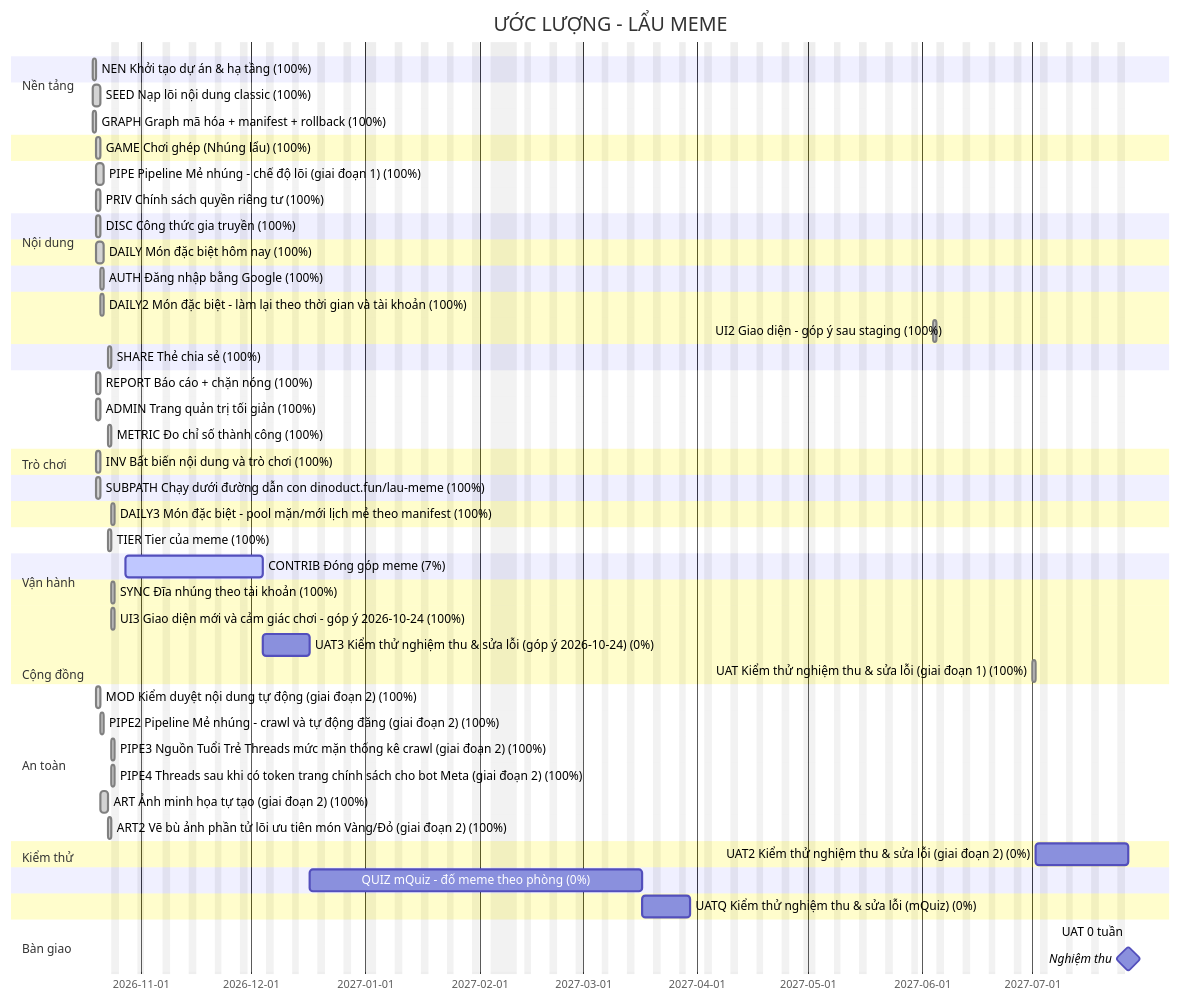
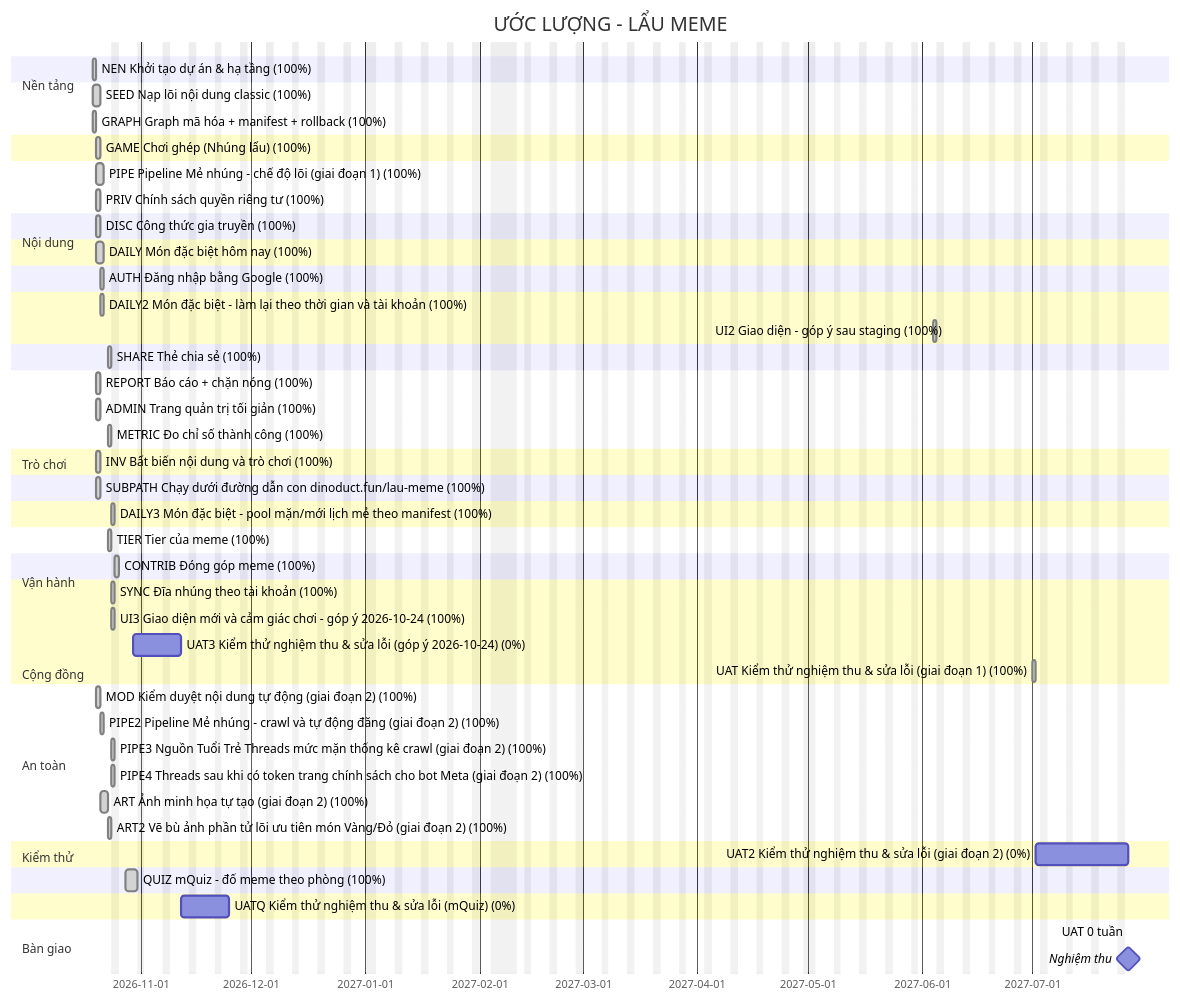
Before and after one commit to thucnq/lau-meme: the diagram in docs/plan/gantt.md, drawn with Mermaid. The commit also changed other lines of this file and 5 other files, not shown here.

First line of the commit message:
chore(plan): chạy lại /dk:plan sau khi đánh dấu CONTRIB và QUIZ xong (94% theo điểm, dự báo nghiệm thu 2027-07-27); trạng thái dk spec và contract duyệt tại 073d067

````diff
--- a/docs/plan/gantt.md
+++ b/docs/plan/gantt.md
@@ -5,66 +5,66 @@
 ```mermaid
 gantt
     title ƯỚC LƯỢNG - LẨU MEME
     dateFormat YYYY-MM-DD
     excludes weekends, 2027-01-01, 2027-02-04, 2027-02-05, 2027-02-06, 2027-02-07, 2027-02-08, 2027-02-09, 2027-02-10, 2027-04-30, 2027-05-01, 2027-09-02
     todayMarker stroke-width:2px,stroke:#d33
     section Nền tảng
     NEN Khởi tạo dự án & hạ tầng (100%) :done, NEN, 2026-10-19, 1d
     section Nội dung
     SEED Nạp lõi nội dung classic (100%) :done, SEED, 2026-10-19, 2d
     GRAPH Graph mã hóa + manifest + rollback (100%) :done, GRAPH, 2026-10-19, 1d
     section Trò chơi
     GAME Chơi ghép (Nhúng lẩu) (100%) :done, GAME, 2026-10-20, 1d
     section Nội dung
     PIPE Pipeline Mẻ nhúng - chế độ lõi (giai đoạn 1) (100%) :done, PIPE, 2026-10-20, 2d
     section Vận hành
     PRIV Chính sách quyền riêng tư (100%) :done, PRIV, 2026-10-20, 1d
     section Cộng đồng
     DISC Công thức gia truyền (100%) :done, DISC, 2026-10-20, 1d
     section Trò chơi
     DAILY Món đặc biệt hôm nay (100%) :done, DAILY, 2026-10-20, 2d
     section Cộng đồng
     AUTH Đăng nhập bằng Google (100%) :done, AUTH, 2026-10-21, 1d
     section Trò chơi
     DAILY2 Món đặc biệt - làm lại theo thời gian và tài khoản (100%) :done, DAILY2, 2026-10-21, 1d
     UI2 Giao diện - góp ý sau staging (100%) :done, UI2, 2027-06-04, 1d
     section Cộng đồng
     SHARE Thẻ chia sẻ (100%) :done, SHARE, 2026-10-23, 1d
     section An toàn
     REPORT Báo cáo + chặn nóng (100%) :done, REPORT, 2026-10-20, 1d
     ADMIN Trang quản trị tối giản (100%) :done, ADMIN, 2026-10-20, 1d
     section Vận hành
     METRIC Đo chỉ số thành công (100%) :done, METRIC, 2026-10-23, 1d
     section Kiểm thử
     INV Bất biến nội dung và trò chơi (100%) :done, INV, 2026-10-20, 1d
     section Nền tảng
     SUBPATH Chạy dưới đường dẫn con dinoduct.fun/lau-meme (100%) :done, SUBPATH, 2026-10-20, 1d
     section Trò chơi
     DAILY3 Món đặc biệt - pool mặn/mới  lịch mẻ theo manifest (100%) :done, DAILY3, 2026-10-24, 1d
     section Nội dung
     TIER Tier của meme (100%) :done, TIER, 2026-10-23, 1d
     section Cộng đồng
-    CONTRIB Đóng góp meme (7%) :active, CONTRIB, 2026-10-28, 27d
+    CONTRIB Đóng góp meme (100%) :done, CONTRIB, 2026-10-25, 1d
     section Trò chơi
     SYNC Đĩa nhúng theo tài khoản (100%) :done, SYNC, 2026-10-24, 1d
     UI3 Giao diện mới và cảm giác chơi - góp ý 2026-10-24 (100%) :done, UI3, 2026-10-24, 1d
     section Kiểm thử
-    UAT3 Kiểm thử nghiệm thu & sửa lỗi (góp ý 2026-10-24) (0%) :UAT3, 2026-12-04, 9d
+    UAT3 Kiểm thử nghiệm thu & sửa lỗi (góp ý 2026-10-24) (0%) :UAT3, 2026-10-30, 9d
     UAT Kiểm thử nghiệm thu & sửa lỗi (giai đoạn 1) (100%) :done, UAT, 2027-07-01, 1d
     section Nội dung
     MOD Kiểm duyệt nội dung tự động (giai đoạn 2) (100%) :done, MOD, 2026-10-20, 1d
     PIPE2 Pipeline Mẻ nhúng - crawl và tự động đăng (giai đoạn 2) (100%) :done, PIPE2, 2026-10-21, 1d
     PIPE3 Nguồn Tuổi Trẻ  Threads  mức mặn  thống kê crawl (giai đoạn 2) (100%) :done, PIPE3, 2026-10-24, 1d
     PIPE4 Threads sau khi có token  trang chính sách cho bot Meta (giai đoạn 2) (100%) :done, PIPE4, 2026-10-24, 1d
     ART Ảnh minh họa tự tạo (giai đoạn 2) (100%) :done, ART, 2026-10-21, 2d
     ART2 Vẽ bù ảnh phần tử lõi  ưu tiên món Vàng/Đỏ (giai đoạn 2) (100%) :done, ART2, 2026-10-23, 1d
     section Kiểm thử
     UAT2 Kiểm thử nghiệm thu & sửa lỗi (giai đoạn 2) (0%) :UAT2, 2027-07-02, 17d
     section Cộng đồng
-    QUIZ mQuiz - đố meme theo phòng (0%) :QUIZ, 2026-12-17, 58d
+    QUIZ mQuiz - đố meme theo phòng (100%) :done, QUIZ, 2026-10-28, 3d
     section Kiểm thử
-    UATQ Kiểm thử nghiệm thu & sửa lỗi (mQuiz) (0%) :UATQ, 2027-03-17, 9d
+    UATQ Kiểm thử nghiệm thu & sửa lỗi (mQuiz) (0%) :UATQ, 2026-11-12, 9d
     section Bàn giao
     UAT 0 tuần :uat, 2027-07-27, 0d
     Nghiệm thu :milestone, 2027-07-27, 0d
 ```
````
